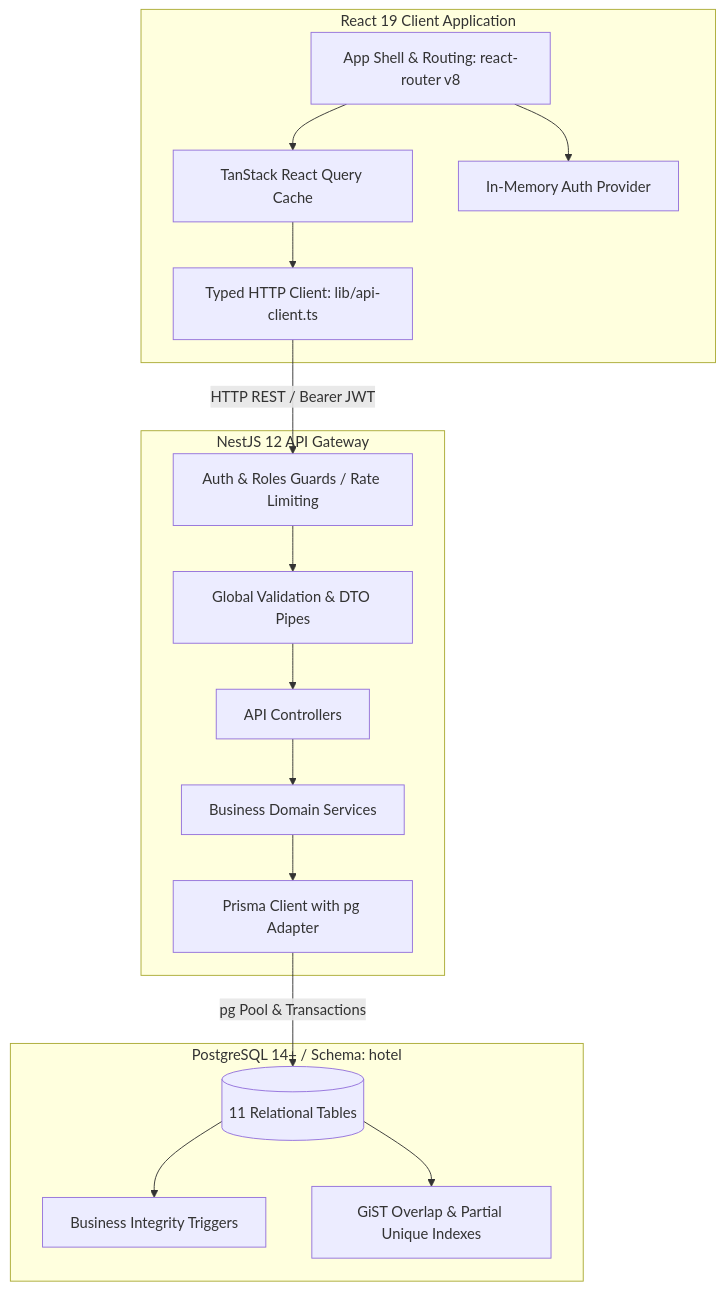
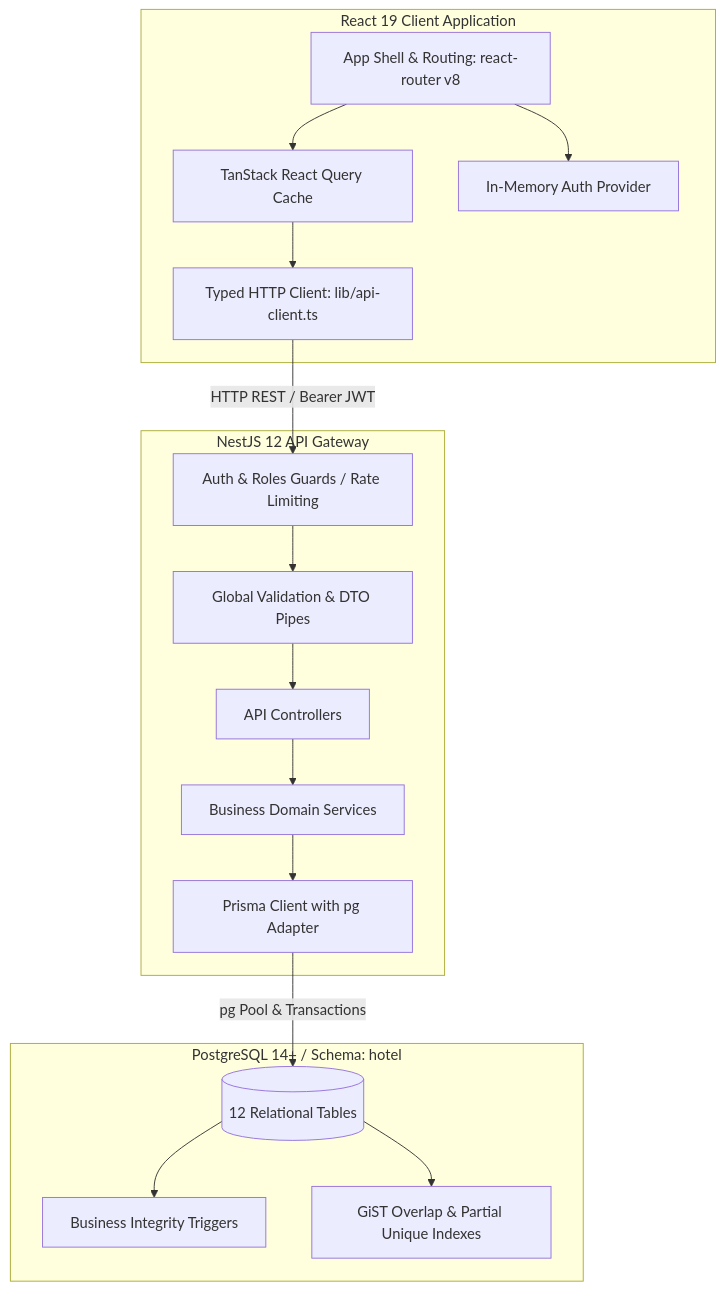
The first of 2 diagrams in README.md (dothanhtu2003/Hotel-CK), drawn with Mermaid before and after one commit. The commit also changed other lines of this file and 7 other files, not shown here.

````diff
--- a/README.md
+++ b/README.md
@@ -89,35 +90,35 @@
 ```mermaid
 graph TD
     subgraph Frontend [React 19 Client Application]
         UI[App Shell & Routing: react-router v8]
         QueryClient[TanStack React Query Cache]
         AuthContext[In-Memory Auth Provider]
         APIClient[Typed HTTP Client: lib/api-client.ts]
     end
 
     subgraph Backend [NestJS 12 API Gateway]
         Guard[Auth & Roles Guards / Rate Limiting]
         Pipes[Global Validation & DTO Pipes]
         Controllers[API Controllers]
         Services[Business Domain Services]
         PrismaService[Prisma Client with pg Adapter]
     end
 
     subgraph Database [PostgreSQL 14+ / Schema: hotel]
         Triggers[Business Integrity Triggers]
         Constraints[GiST Overlap & Partial Unique Indexes]
-        Tables[(11 Relational Tables)]
+        Tables[(12 Relational Tables)]
     end
 
     UI --> AuthContext
     UI --> QueryClient
     QueryClient --> APIClient
     APIClient -->|HTTP REST / Bearer JWT| Guard
     Guard --> Pipes
     Pipes --> Controllers
     Controllers --> Services
     Services --> PrismaService
     PrismaService -->|pg Pool & Transactions| Tables
     Tables --> Triggers
     Tables --> Constraints
 ```
````
